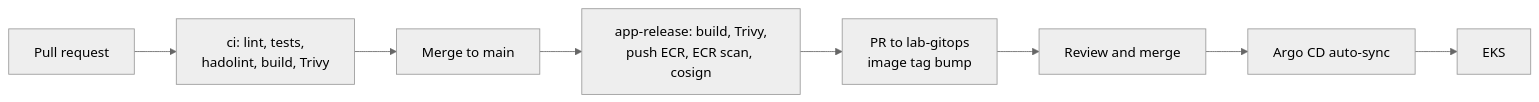
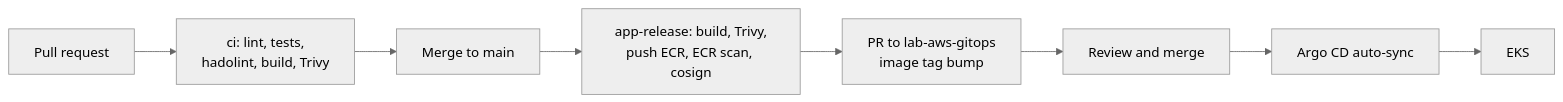
Before and after one commit to sarunas-k/lab-aws-docs: the third of 6 diagrams in docs/architecture.md, drawn with Mermaid (neutral theme). The commit also changed other lines of this file and 18 other files, not shown here.

````diff
--- a/docs/architecture.md
+++ b/docs/architecture.md
@@ -53,10 +53,10 @@
 ```mermaid
 flowchart LR
   PR[Pull request] --> CI["ci: lint, tests,<br/>hadolint, build, Trivy"]
   CI --> M[Merge to main]
   M --> R["app-release: build, Trivy,<br/>push ECR, ECR scan, cosign"]
-  R --> G["PR to lab-gitops<br/>image tag bump"]
+  R --> G["PR to lab-aws-gitops<br/>image tag bump"]
   G --> RV[Review and merge]
   RV --> A[Argo CD auto-sync]
   A --> K[EKS]
 ```
````
